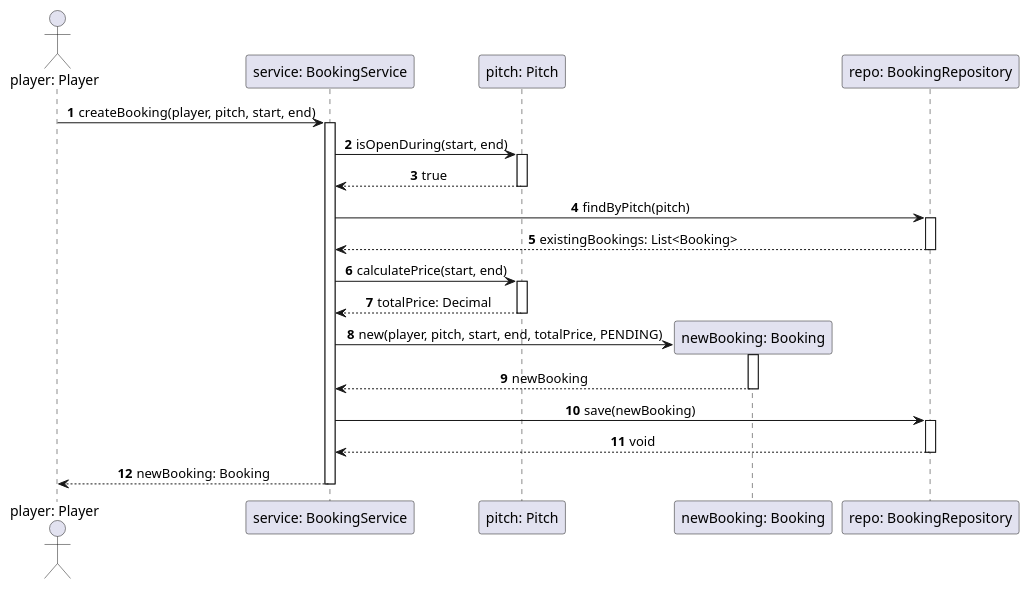
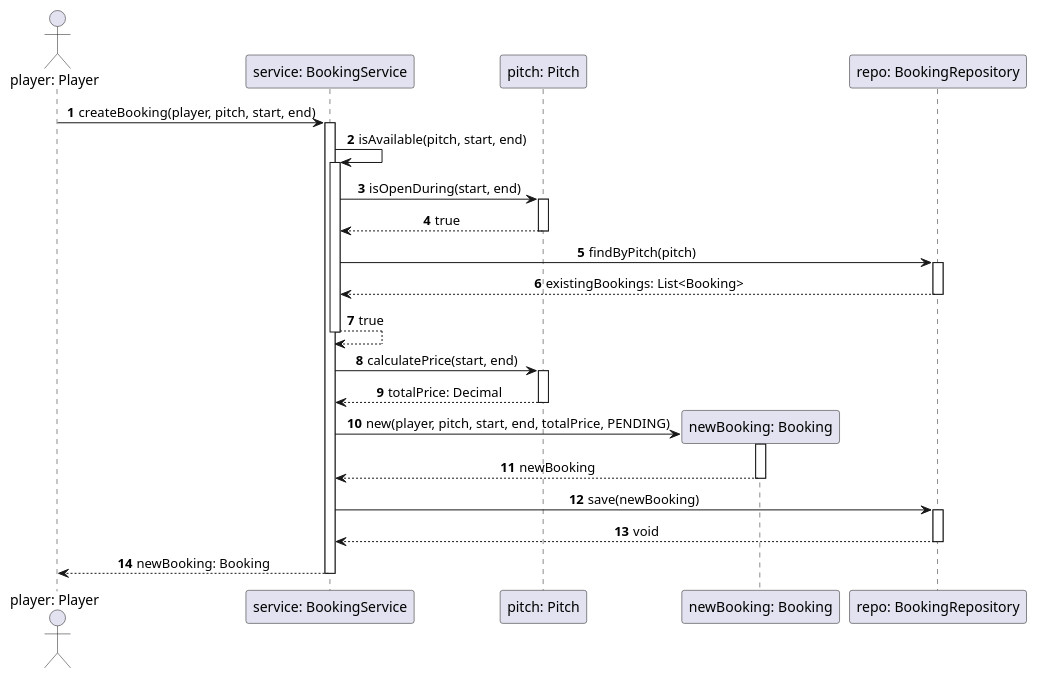
The diagram in diagrams/CreateBooking.puml (AnidMehmeti/KickSlot), drawn with PlantUML before and after one commit.

Commit message:
fix: update createBooking diagram

```diff
--- a/diagrams/CreateBooking.puml
+++ b/diagrams/CreateBooking.puml
@@ -1,43 +1,49 @@
 @startuml
 autonumber
 skinparam SequenceMessageAlign center
 show footbox
 
 actor "player: Player" as Player
 participant "service: BookingService" as Service
 participant "pitch: Pitch" as Pitch
 participant "newBooking: Booking" as NewBooking
 participant "repo: BookingRepository" as Repo
 
 Player -> Service : createBooking(player, pitch, start, end)
 activate Service
 
+Service -> Service : isAvailable(pitch, start, end)
+activate Service
+
 Service -> Pitch : isOpenDuring(start, end)
 activate Pitch
 Pitch --> Service : true
 deactivate Pitch
 
 Service -> Repo : findByPitch(pitch)
 activate Repo
 Repo --> Service : existingBookings: List<Booking>
 deactivate Repo
+
+Service --> Service : true
+deactivate Service
 
 Service -> Pitch : calculatePrice(start, end)
 activate Pitch
 Pitch --> Service : totalPrice: Decimal
 deactivate Pitch
 
 create NewBooking
 Service -> NewBooking : new(player, pitch, start, end, totalPrice, PENDING)
 activate NewBooking
 NewBooking --> Service : newBooking
 deactivate NewBooking
 
 Service -> Repo : save(newBooking)
 activate Repo
 Repo --> Service : void
 deactivate Repo
 
 Service --> Player : newBooking: Booking
 deactivate Service
 @enduml
```
